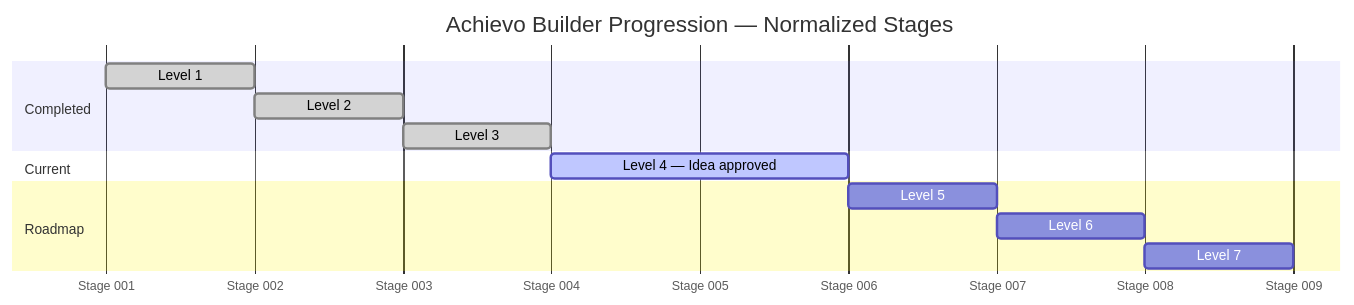
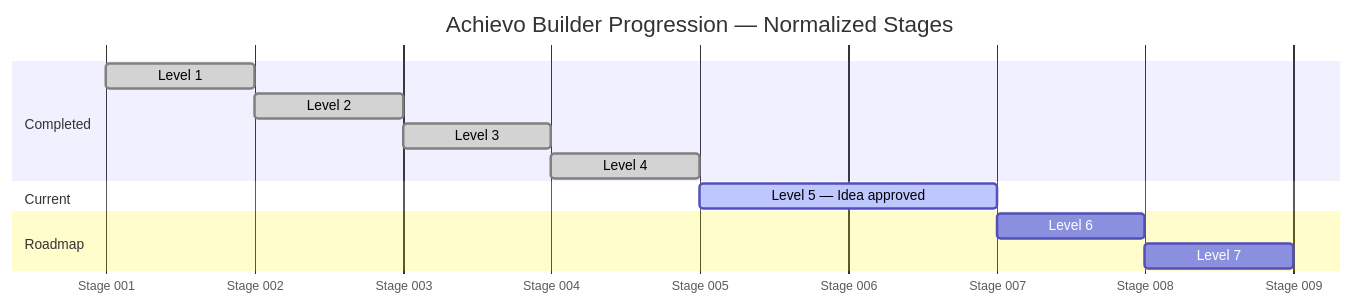
Before and after one commit to TadeyRuk/Achievo: the second of 3 diagrams in README.md, drawn with Mermaid. The commit also changed other lines of this file, not shown here.

Commit message:
docs: bump README to Level 5 progression

````diff
--- a/README.md
+++ b/README.md
@@ -111,16 +111,16 @@
 ```mermaid
 gantt
     title Achievo Builder Progression — Normalized Stages
     dateFormat YYYY-MM-DD
     axisFormat Stage %j
     section Completed
     Level 1                         :done, level1, 2026-01-01, 1d
     Level 2                         :done, level2, after level1, 1d
     Level 3                         :done, level3, after level2, 1d
+    Level 4                         :done, level4, after level3, 1d
     section Current
-    Level 4 — Idea approved         :active, level4, after level3, 2d
+    Level 5 — Idea approved         :active, level5, after level4, 2d
     section Roadmap
-    Level 5                         :level5, after level4, 1d
     Level 6                         :level6, after level5, 1d
     Level 7                         :level7, after level6, 1d
 ```
````
